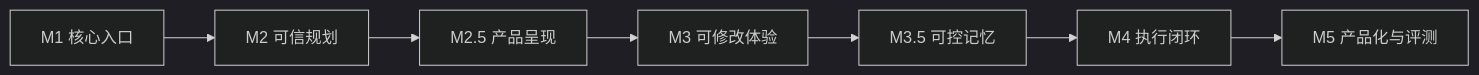
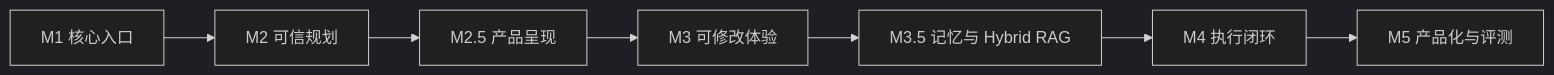
One commit to Weekend-Agent-Studio/happyFreeTime changed the diagram in docs/canonical/v2_roadmap.md. Above: the diagram before and after it, drawn with Mermaid (dark theme). The commit also changed other lines of this file and 8 other files, not shown here.

Commit message:
docs: define constrained agent graph evolution

````diff
--- a/docs/canonical/v2_roadmap.md
+++ b/docs/canonical/v2_roadmap.md
@@ -19,10 +21,12 @@
 ```mermaid
-graph LR
+flowchart LR
+    accTitle: HappyFreeTime V2 里程碑顺序
+    accDescr: 项目从核心入口和可信规划开始，依次完成产品呈现、对话控制与修改、可控记忆与语义检索、执行闭环，最后产品化和评测。
 
     m1[M1 核心入口] --> m2[M2 可信规划]
     m2 --> m25[M2.5 产品呈现]
     m25 --> m3[M3 可修改体验]
-    m3 --> m35[M3.5 可控记忆]
+    m3 --> m35[M3.5 记忆与 Hybrid RAG]
     m35 --> m4[M4 执行闭环]
     m4 --> m5[M5 产品化与评测]
 ```
````
